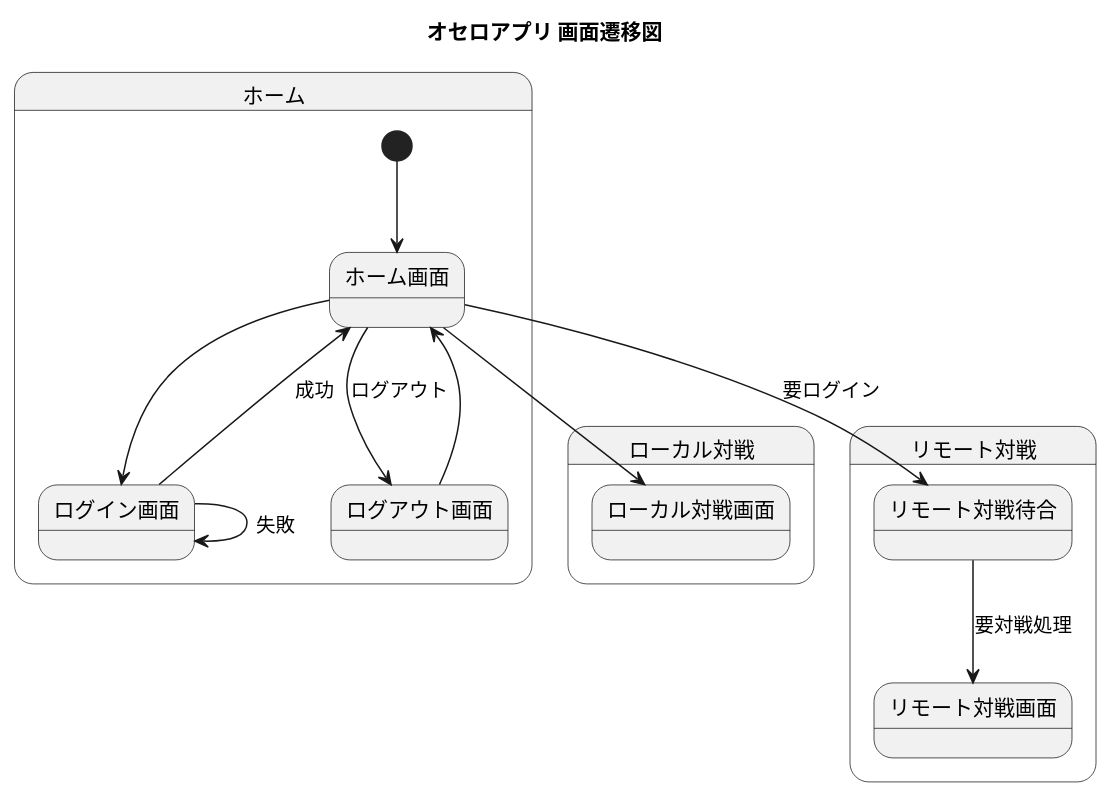
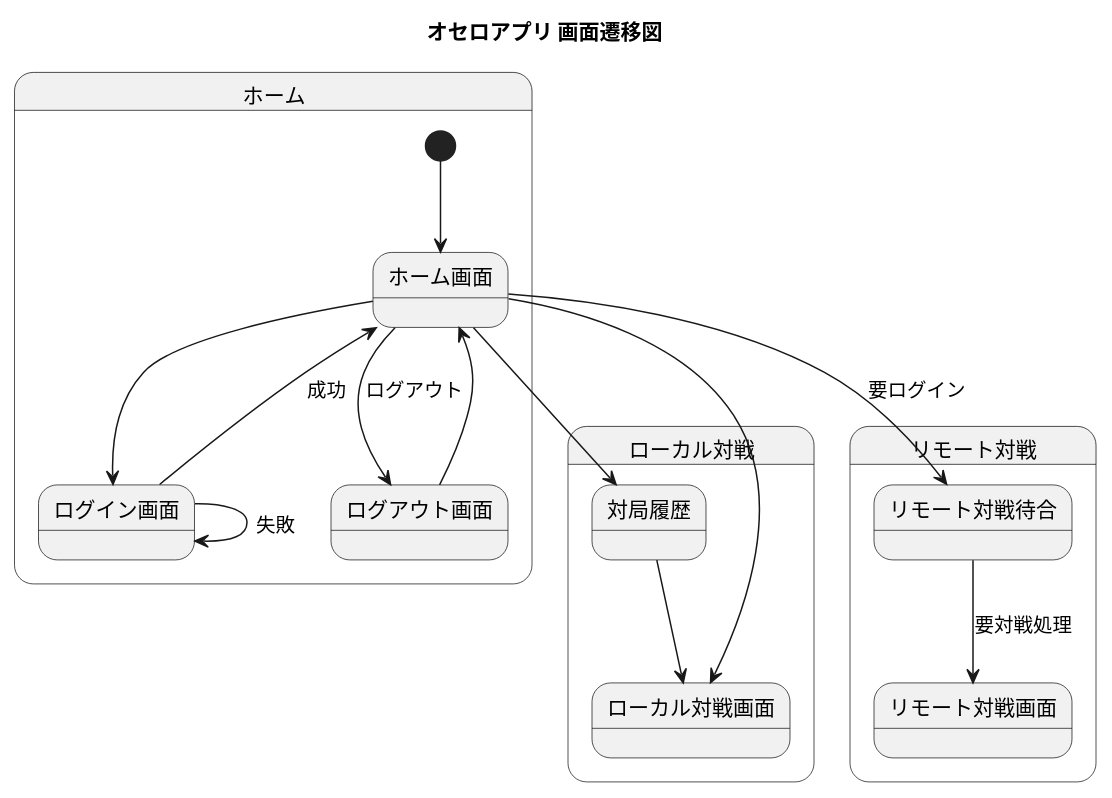
Before and after one commit to tomoki-shiozaki/othello: the diagram in docs/screen_flow/screen_flow_diagram.pu, drawn with PlantUML. The commit also changed 13 other files, not shown here.

```diff
--- a/docs/screen_flow/screen_flow_diagram.pu
+++ b/docs/screen_flow/screen_flow_diagram.pu
@@ -1,25 +1,27 @@
 @startuml screen flow
 skinparam defaultFontName "Noto Sans CJK JP"
 
 title オセロアプリ 画面遷移図
 
 state ホーム {
   [*] --> ホーム画面
   ホーム画面 --> ログイン画面 
   ログイン画面 --> ホーム画面 : 成功
   ログイン画面 --> ログイン画面 : 失敗
   ホーム画面 --> ログアウト画面 : ログアウト
   ログアウト画面 --> ホーム画面
 }
 
 state ローカル対戦 {
     ホーム画面 --> ローカル対戦画面
+    ホーム画面 --> 対局履歴
+    対局履歴   --> ローカル対戦画面
 }
 
 state リモート対戦 {
   ホーム画面 --> リモート対戦待合: 要ログイン
   リモート対戦待合 --> リモート対戦画面 : 要対戦処理
   
 }
 
 @enduml
```
